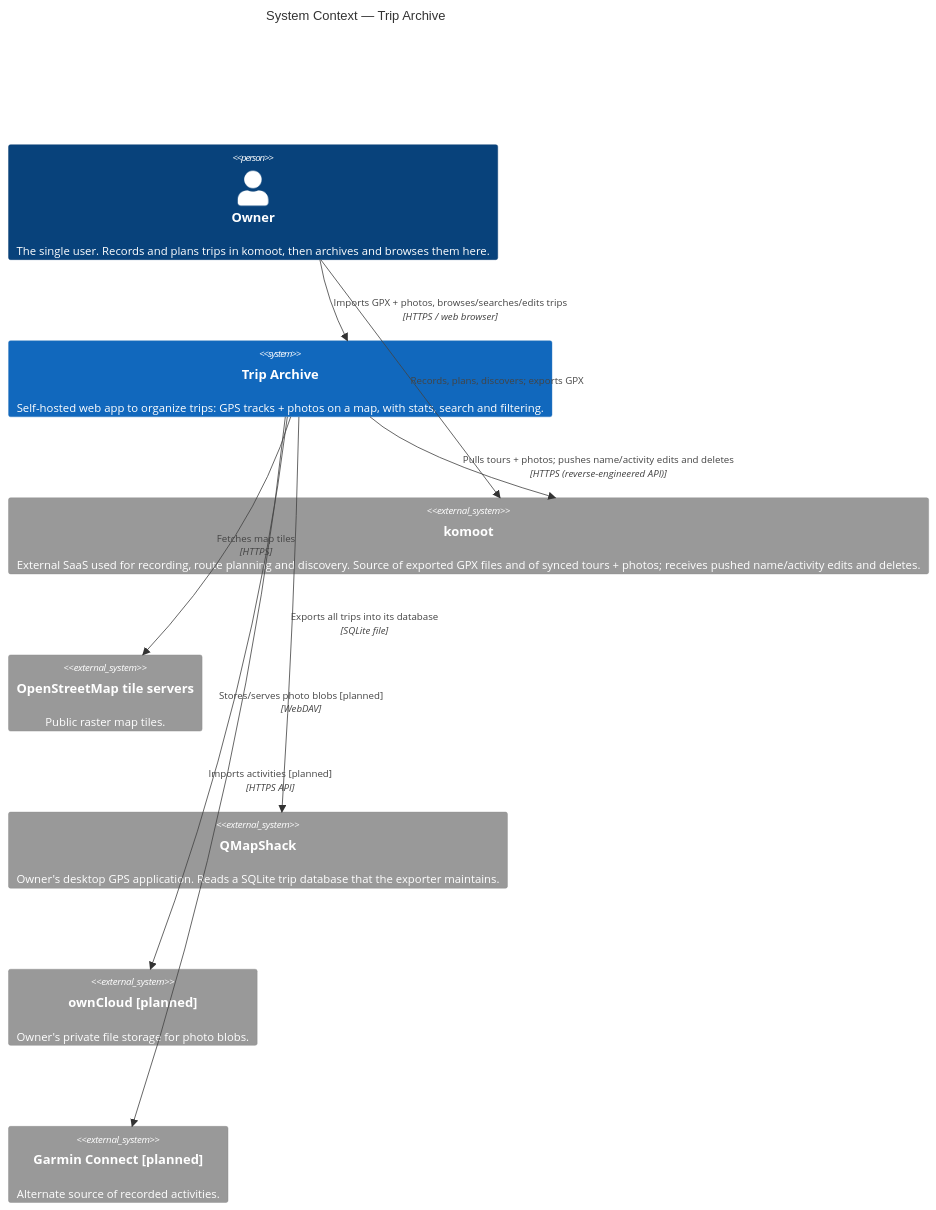
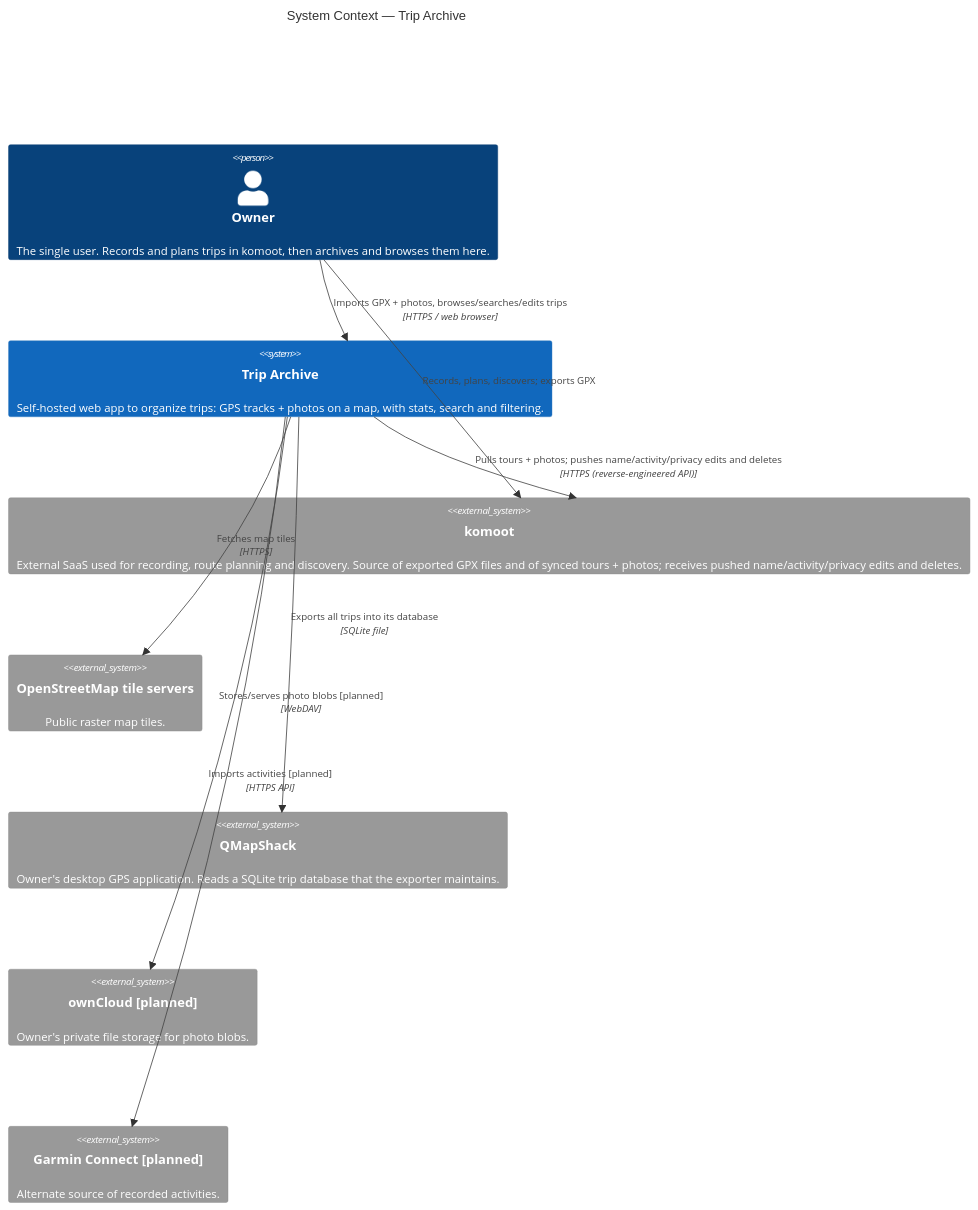
Before and after one commit to andreasholzner/gps-trips: the first of 4 diagrams in docs/architecture.md, drawn with Mermaid. The commit also changed 28 other files, not shown here.

````diff
--- a/docs/architecture.md
+++ b/docs/architecture.md
@@ -26,24 +26,24 @@
 ```mermaid
 C4Context
     title System Context — Trip Archive
 
     Person(owner, "Owner", "The single user. Records and plans trips in komoot, then archives and browses them here.")
 
     System(tripArchive, "Trip Archive", "Self-hosted web app to organize trips: GPS tracks + photos on a map, with stats, search and filtering.")
 
-    System_Ext(komoot, "komoot", "External SaaS used for recording, route planning and discovery. Source of exported GPX files and of synced tours + photos; receives pushed name/activity edits and deletes.")
+    System_Ext(komoot, "komoot", "External SaaS used for recording, route planning and discovery. Source of exported GPX files and of synced tours + photos; receives pushed name/activity/privacy edits and deletes.")
     System_Ext(osm, "OpenStreetMap tile servers", "Public raster map tiles.")
     System_Ext(qms, "QMapShack", "Owner's desktop GPS application. Reads a SQLite trip database that the exporter maintains.")
     System_Ext(owncloud, "ownCloud [planned]", "Owner's private file storage for photo blobs.")
     System_Ext(garmin, "Garmin Connect [planned]", "Alternate source of recorded activities.")
 
     Rel(owner, komoot, "Records, plans, discovers; exports GPX")
     Rel(owner, tripArchive, "Imports GPX + photos, browses/searches/edits trips", "HTTPS / web browser")
     Rel(tripArchive, osm, "Fetches map tiles", "HTTPS")
     Rel(tripArchive, owncloud, "Stores/serves photo blobs [planned]", "WebDAV")
     Rel(tripArchive, garmin, "Imports activities [planned]", "HTTPS API")
-    Rel(tripArchive, komoot, "Pulls tours + photos; pushes name/activity edits and deletes", "HTTPS (reverse-engineered API)")
+    Rel(tripArchive, komoot, "Pulls tours + photos; pushes name/activity/privacy edits and deletes", "HTTPS (reverse-engineered API)")
     Rel(tripArchive, qms, "Exports all trips into its database", "SQLite file")
 
     UpdateLayoutConfig($c4ShapeInRow="2", $c4BoundaryInRow="1")
 ```
````
